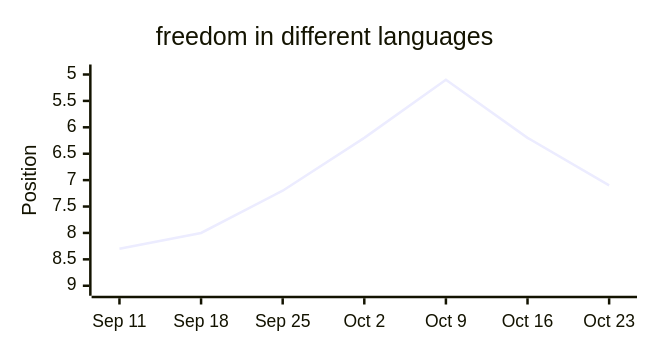
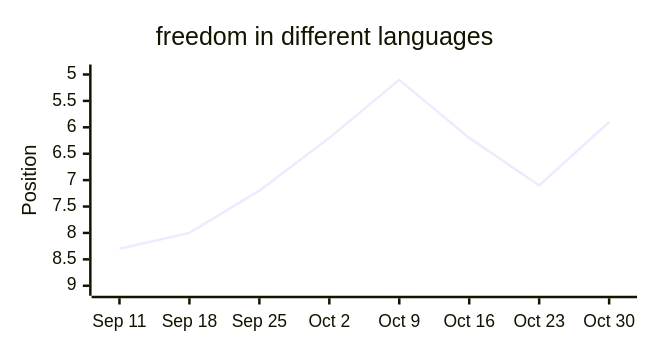
One commit to langx/website changed diagram 11 of 13 in latest.md. Above: the diagram before and after it, drawn with Mermaid. The commit also changed other lines of this file and 2 other files, not shown here.

````diff
--- a/latest.md
+++ b/latest.md
@@ -170,13 +170,13 @@
 ```mermaid
 ---
 config:
   xyChart:
     width: 500
     height: 260
 ---
 xychart-beta
   title "freedom in different languages"
-  x-axis ["Sep 11", "Sep 18", "Sep 25", "Oct 2", "Oct 9", "Oct 16", "Oct 23"]
+  x-axis ["Sep 11", "Sep 18", "Sep 25", "Oct 2", "Oct 9", "Oct 16", "Oct 23", "Oct 30"]
   y-axis "Position" 9 --> 5
-  line [8.3, 8, 7.2, 6.2, 5.1, 6.2, 7.1]
+  line [8.3, 8, 7.2, 6.2, 5.1, 6.2, 7.1, 5.9]
 ```
````
